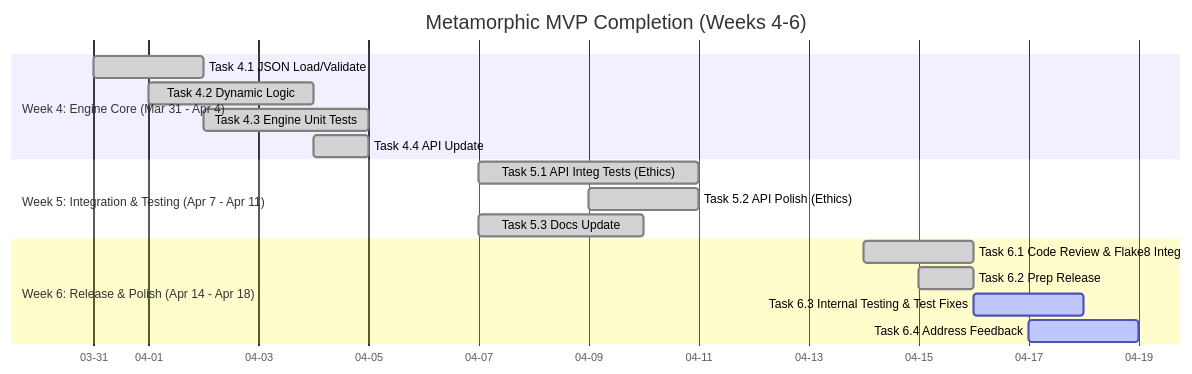
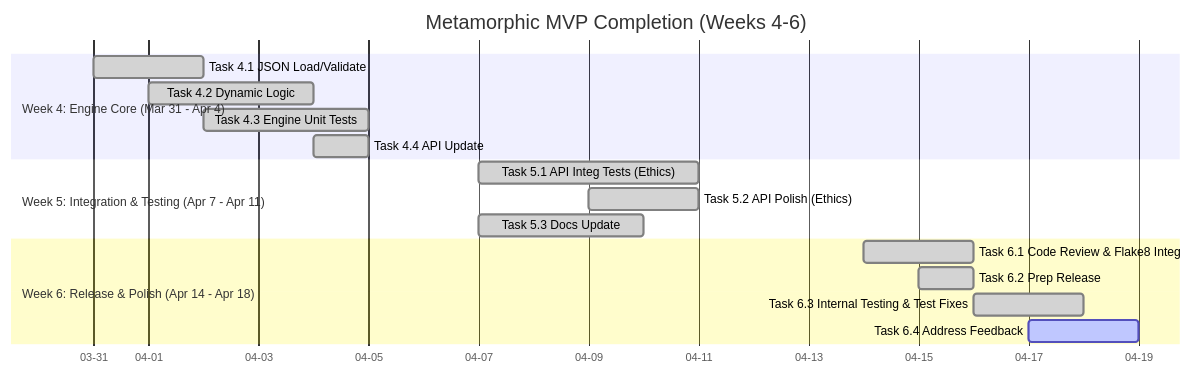
The diagram in ROADMAP.md (tomwolfe/metamorphic-core), drawn with Mermaid before and after one commit. The commit also changed other lines of this file, not shown here.

````diff
--- a/ROADMAP.md
+++ b/ROADMAP.md
@@ -58,24 +58,24 @@
 ```mermaid
 gantt
     title Metamorphic MVP Completion (Weeks 4-6)
     dateFormat  YYYY-MM-DD
     axisFormat %m-%d
     todayMarker stroke-width:3px,stroke:#FF0000
 
     section Week 4: Engine Core (Mar 31 - Apr 4)
     Task 4.1 JSON Load/Validate :done, 2025-03-31, 2d
     Task 4.2 Dynamic Logic      :done, 2025-04-01, 3d
     Task 4.3 Engine Unit Tests  :done, 2025-04-02, 3d
     Task 4.4 API Update         :done, 2025-04-04, 1d
 
     section Week 5: Integration & Testing (Apr 7 - Apr 11)
     Task 5.1 API Integ Tests (Ethics) :done, 2025-04-07, 4d
     Task 5.2 API Polish (Ethics)      :done, 2025-04-09, 2d
     Task 5.3 Docs Update              :done, 2025-04-07, 3d
 
     section Week 6: Release & Polish (Apr 14 - Apr 18)
     Task 6.1 Code Review & Flake8 Integ :done, 2025-04-14, 2d
     Task 6.2 Prep Release               :done, 2025-04-15, 1d
-    Task 6.3 Internal Testing & Test Fixes:active, 2025-04-16, 2d
+    Task 6.3 Internal Testing & Test Fixes:done, 2025-04-16, 2d
     Task 6.4 Address Feedback           :active, 2025-04-17, 2d
 ```
````
